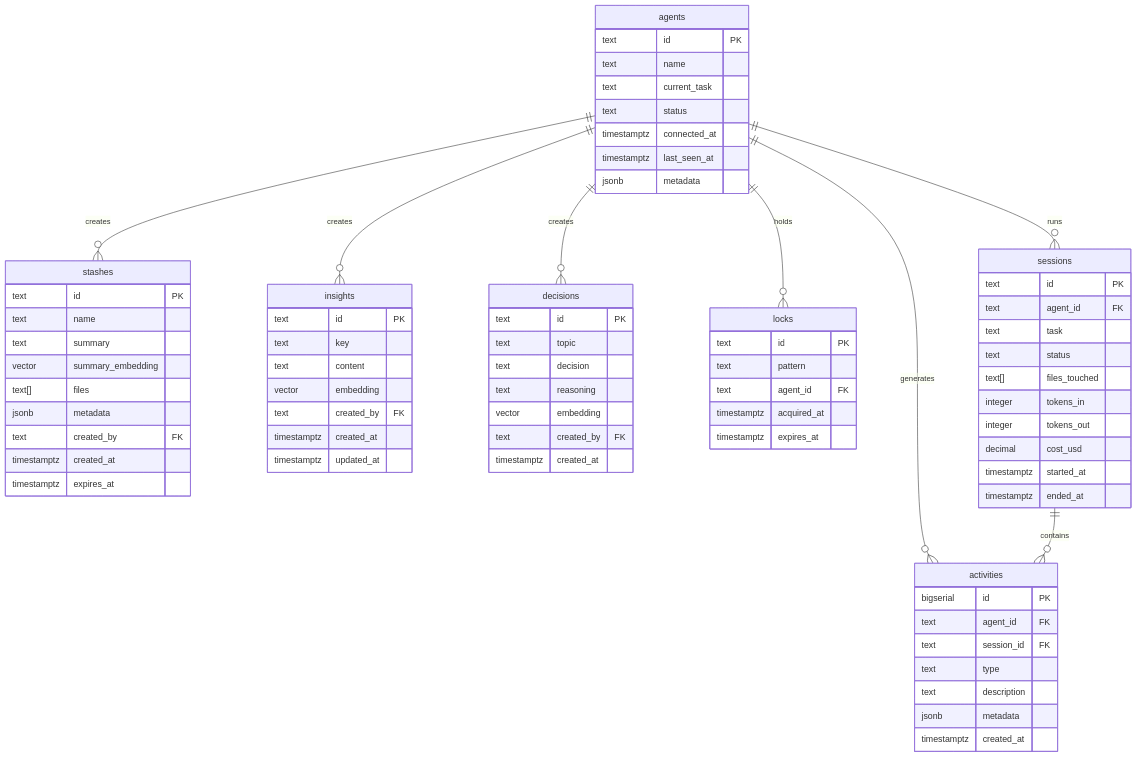
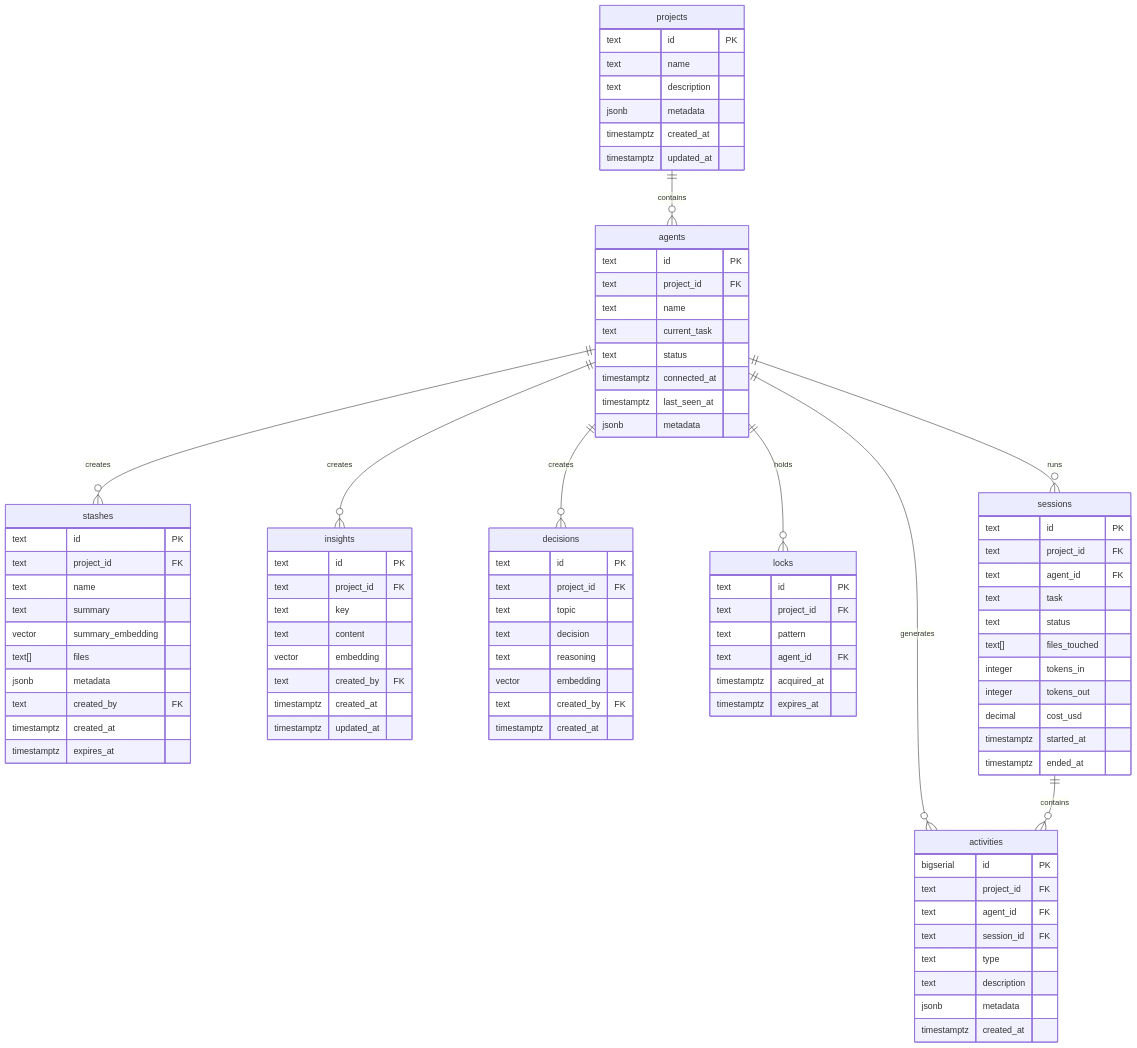
The diagram in docs/PROJECT_PLAN.md (MixTapeSoftware/pop_stash), drawn with Mermaid before and after one commit. The commit also changed other lines of this file and 1 other file, not shown here.

Commit message:
support tenancy by project

````diff
--- a/docs/PROJECT_PLAN.md
+++ b/docs/PROJECT_PLAN.md
@@ -819,5 +965,6 @@
 ```mermaid
 erDiagram
+    projects ||--o{ agents : "contains"
     agents ||--o{ stashes : "creates"
     agents ||--o{ insights : "creates"
     agents ||--o{ decisions : "creates"
@@ -826,8 +973,18 @@
     agents ||--o{ activities : "generates"
     sessions ||--o{ activities : "contains"
 
+    projects {
+        text id PK
+        text name
+        text description
+        jsonb metadata
+        timestamptz created_at
+        timestamptz updated_at
+    }
+
     agents {
         text id PK
+        text project_id FK
         text name
         text current_task
         text status
@@ -838,6 +995,7 @@
 
     stashes {
         text id PK
+        text project_id FK
         text name
         text summary
         vector summary_embedding
@@ -850,6 +1008,7 @@
 
     insights {
         text id PK
+        text project_id FK
         text key
         text content
         vector embedding
@@ -860,6 +1019,7 @@
 
     decisions {
         text id PK
+        text project_id FK
         text topic
         text decision
         text reasoning
@@ -870,6 +1030,7 @@
 
     locks {
         text id PK
+        text project_id FK
         text pattern
         text agent_id FK
         timestamptz acquired_at
@@ -878,6 +1039,7 @@
 
     sessions {
         text id PK
+        text project_id FK
         text agent_id FK
         text task
         text status
@@ -891,6 +1053,7 @@
 
     activities {
         bigserial id PK
+        text project_id FK
         text agent_id FK
         text session_id FK
         text type
````
